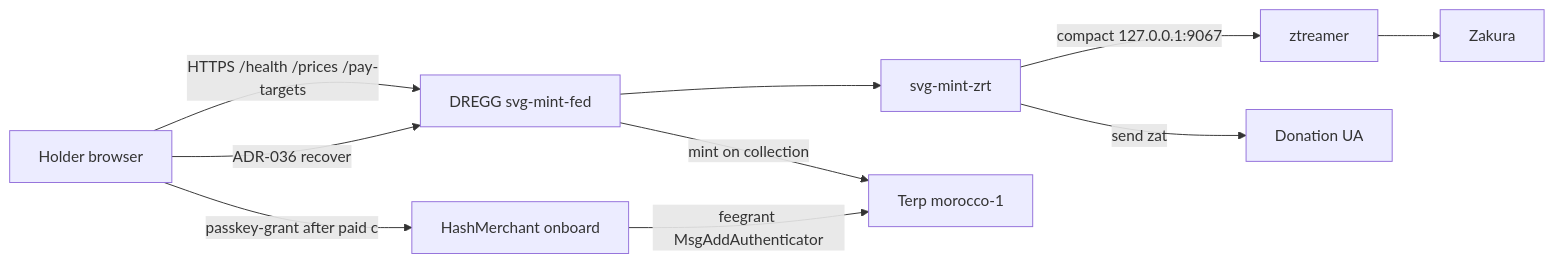
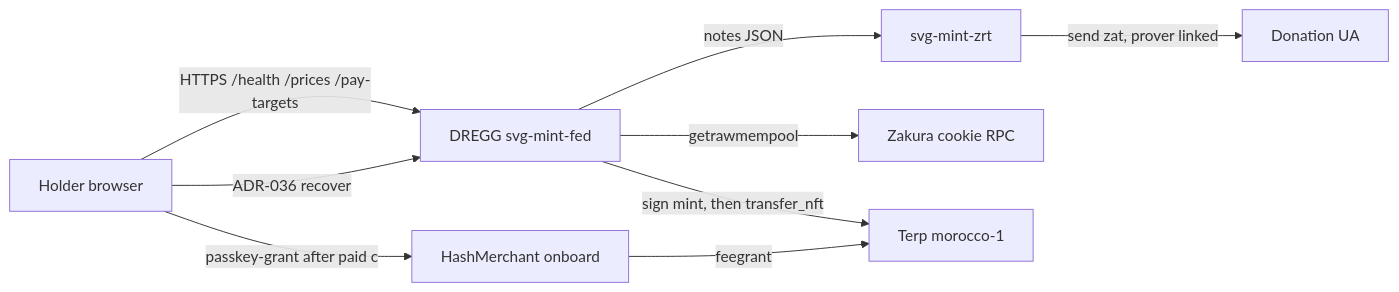
The diagram in tools/svg-mint/docs/vocs/pages/architecture.mdx (terpnetwork/terp-rs), drawn with Mermaid before and after one commit. The commit also changed other lines of this file and 20 other files, not shown here.

````diff
--- a/tools/svg-mint/docs/vocs/pages/architecture.mdx
+++ b/tools/svg-mint/docs/vocs/pages/architecture.mdx
@@ -24,21 +35,19 @@
 ```mermaid
 flowchart LR
   holder[Holder browser]
   dregg[DREGG svg-mint-fed]
   onboard[HashMerchant onboard]
   zrt[svg-mint-zrt]
-  zt[ztreamer]
-  zk[Zakura]
+  zk[Zakura cookie RPC]
   chain[Terp morocco-1]
   donate[Donation UA]
 
   holder -->|"HTTPS /health /prices /pay-targets"| dregg
   holder -->|passkey-grant after paid c| onboard
   holder -->|ADR-036 recover| dregg
-  dregg --> zrt
-  zrt -->|"compact 127.0.0.1:9067"| zt
-  zt --> zk
-  dregg -->|mint on collection| chain
-  onboard -->|feegrant MsgAddAuthenticator| chain
-  zrt -->|send zat| donate
+  dregg -->|notes JSON| zrt
+  dregg -->|getrawmempool| zk
+  dregg -->|sign mint, then transfer_nft| chain
+  onboard -->|feegrant| chain
+  zrt -->|send zat, prover linked| donate
 ```
````
